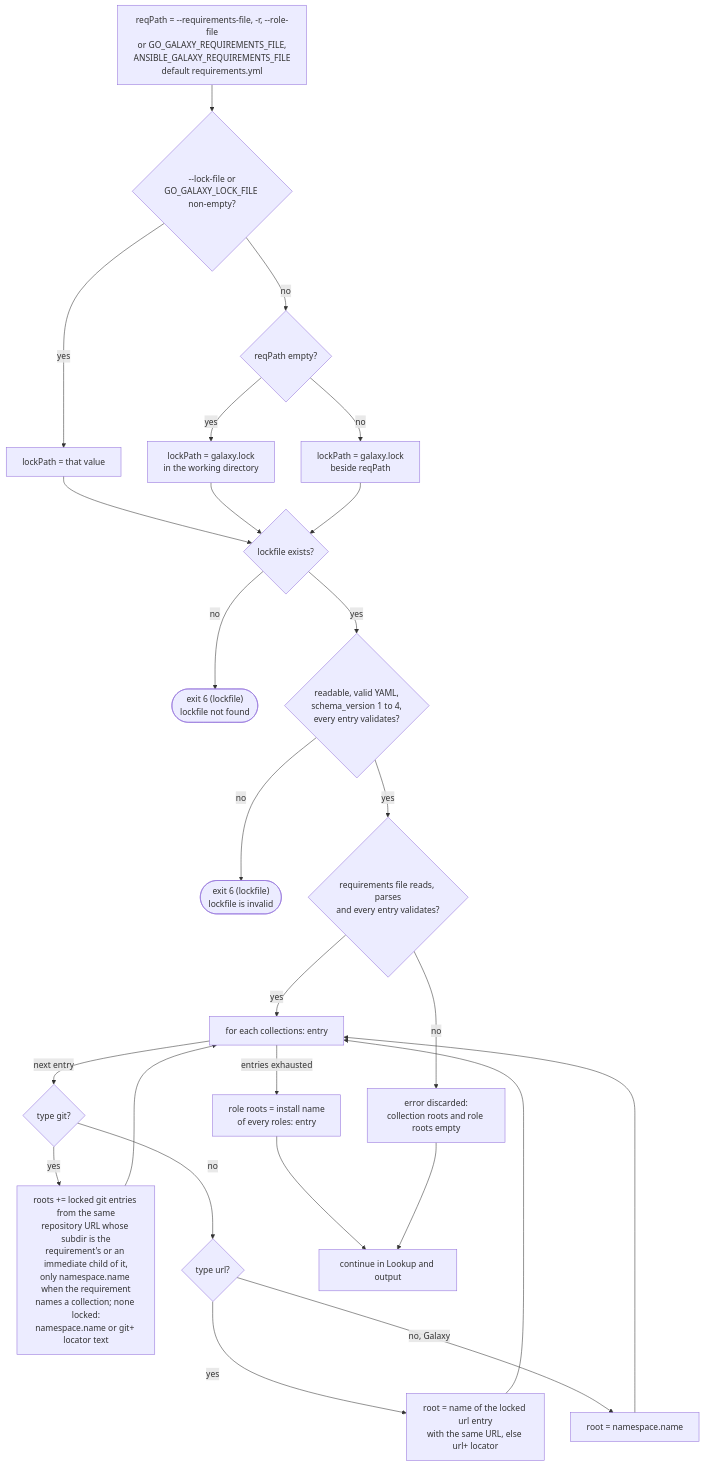
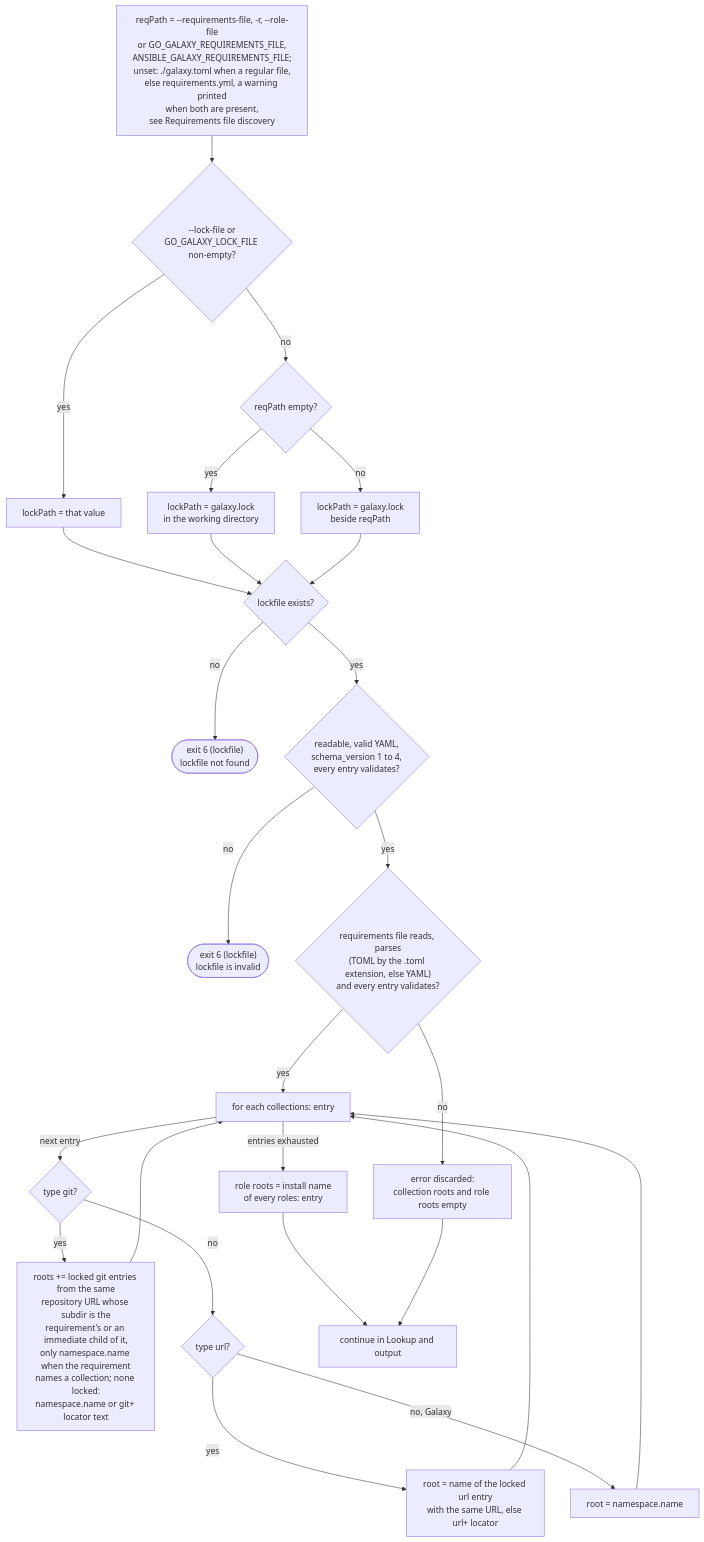
Diagram 48 of 49 in docs/commands.md (greeddj/go-galaxy), drawn with Mermaid before and after one commit. The commit also changed other lines of this file and 56 other files, not shown here.

````diff
--- a/docs/commands.md
+++ b/docs/commands.md
@@ -2448,49 +2508,49 @@
 ```mermaid
 flowchart TD
-    RP["reqPath = --requirements-file, -r, --role-file<br/>or GO_GALAXY_REQUIREMENTS_FILE,<br/>ANSIBLE_GALAXY_REQUIREMENTS_FILE<br/>default requirements.yml"]
+    RP["reqPath = --requirements-file, -r, --role-file<br/>or GO_GALAXY_REQUIREMENTS_FILE,<br/>ANSIBLE_GALAXY_REQUIREMENTS_FILE;<br/>unset: ./galaxy.toml when a regular file,<br/>else requirements.yml, a warning printed<br/>when both are present,<br/>see Requirements file discovery"]
     LF{"--lock-file or<br/>GO_GALAXY_LOCK_FILE non-empty?"}
     LP1["lockPath = that value"]
     RE{"reqPath empty?"}
     LP2["lockPath = galaxy.lock<br/>in the working directory"]
     LP3["lockPath = galaxy.lock<br/>beside reqPath"]
     LX{"lockfile exists?"}
     LXX(["exit 6 (lockfile)<br/>lockfile not found"])
     LV{"readable, valid YAML,<br/>schema_version 1 to 4,<br/>every entry validates?"}
     LVX(["exit 6 (lockfile)<br/>lockfile is invalid"])
-    RQ{"requirements file reads, parses<br/>and every entry validates?"}
+    RQ{"requirements file reads, parses<br/>(TOML by the .toml extension, else YAML)<br/>and every entry validates?"}
     RQN["error discarded:<br/>collection roots and role roots empty"]
     C0["for each collections: entry"]
     CG{"type git?"}
     CGR["roots += locked git entries from the same<br/>repository URL whose subdir is the<br/>requirement's or an immediate child of it,<br/>only namespace.name when the requirement<br/>names a collection; none locked:<br/>namespace.name or git+ locator text"]
     CU{"type url?"}
     CUR["root = name of the locked url entry<br/>with the same URL, else url+ locator"]
     CGal["root = namespace.name"]
     R0["role roots = install name<br/>of every roles: entry"]
     NX["continue in Lookup and output"]
 
     RP --> LF
     LF -->|"yes"| LP1
     LF -->|"no"| RE
     RE -->|"yes"| LP2
     RE -->|"no"| LP3
     LP1 --> LX
     LP2 --> LX
     LP3 --> LX
     LX -->|"no"| LXX
     LX -->|"yes"| LV
     LV -->|"no"| LVX
     LV -->|"yes"| RQ
     RQ -->|"no"| RQN
     RQ -->|"yes"| C0
     C0 -->|"next entry"| CG
     CG -->|"yes"| CGR
     CG -->|"no"| CU
     CU -->|"yes"| CUR
     CU -->|"no, Galaxy"| CGal
     CGR --> C0
     CUR --> C0
     CGal --> C0
     C0 -->|"entries exhausted"| R0
     R0 --> NX
     RQN --> NX
 ```
````
